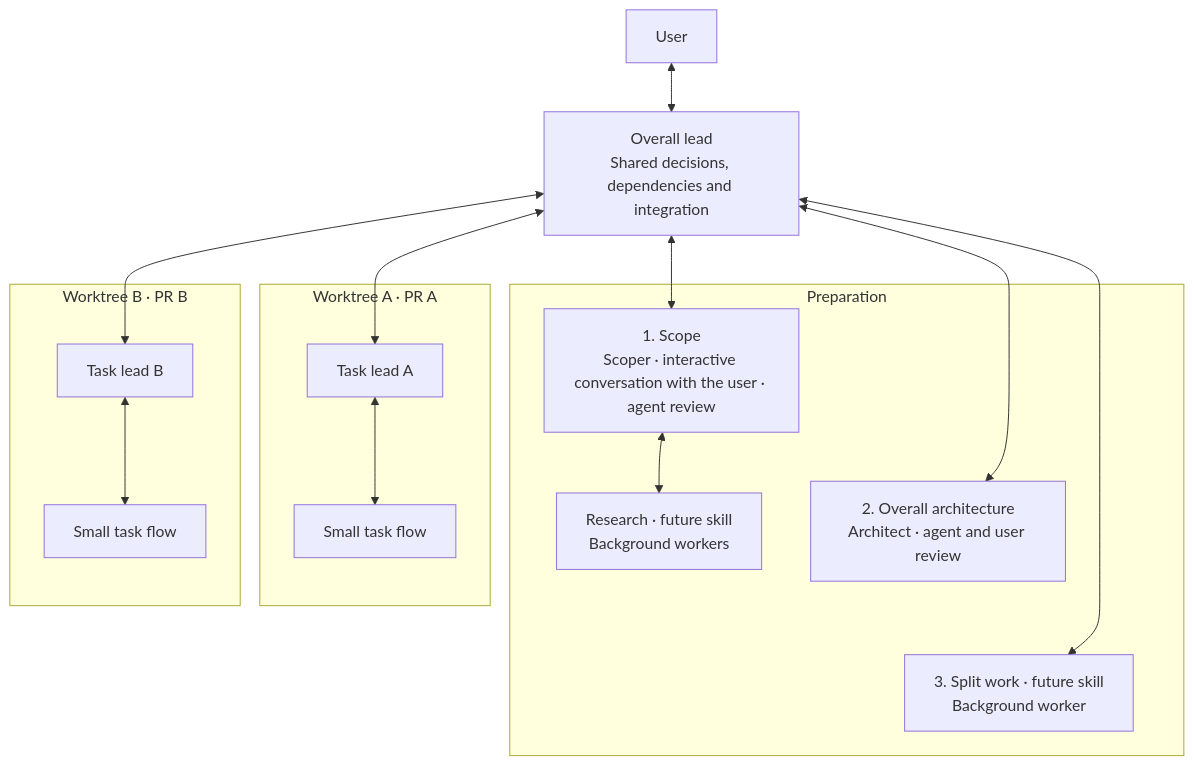
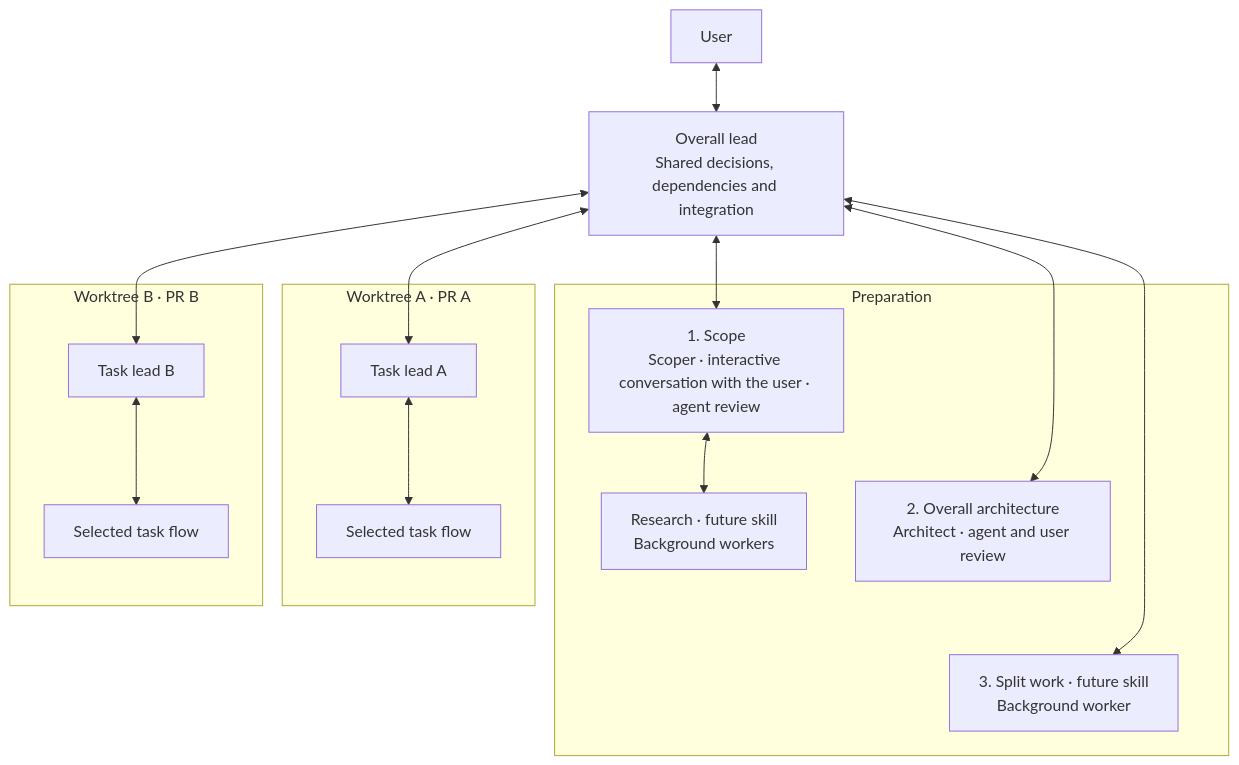
Before and after one commit to prasko/dogwatch: the third of 3 diagrams in docs/2026-11-11-coordinated-agent-workflow.md, drawn with Mermaid. The commit also changed other lines of this file and 10 other files, not shown here.

````diff
--- a/docs/2026-11-11-coordinated-agent-workflow.md
+++ b/docs/2026-11-11-coordinated-agent-workflow.md
@@ -134,23 +169,23 @@
 ```mermaid
 flowchart TB
     U["User"] <--> O["Overall lead<br/>Shared decisions, dependencies and integration"]
     subgraph Preparation["Preparation"]
         S["1. Scope<br/>Scoper · interactive conversation with the user · agent review"]
         R["Research · future skill<br/>Background workers"]
         A["2. Overall architecture<br/>Architect · agent and user review"]
         W["3. Split work · future skill<br/>Background worker"]
         S ~~~ A ~~~ W
     end
     O <--> S
     S <--> R
     O <--> A
     O <--> W
     subgraph TaskA["Worktree A · PR A"]
-        CA["Task lead A"] <--> WA["Small task flow"]
+        CA["Task lead A"] <--> WA["Selected task flow"]
     end
     subgraph TaskB["Worktree B · PR B"]
-        CB["Task lead B"] <--> WB["Small task flow"]
+        CB["Task lead B"] <--> WB["Selected task flow"]
     end
     O <--> CA
     O <--> CB
 ```
````
